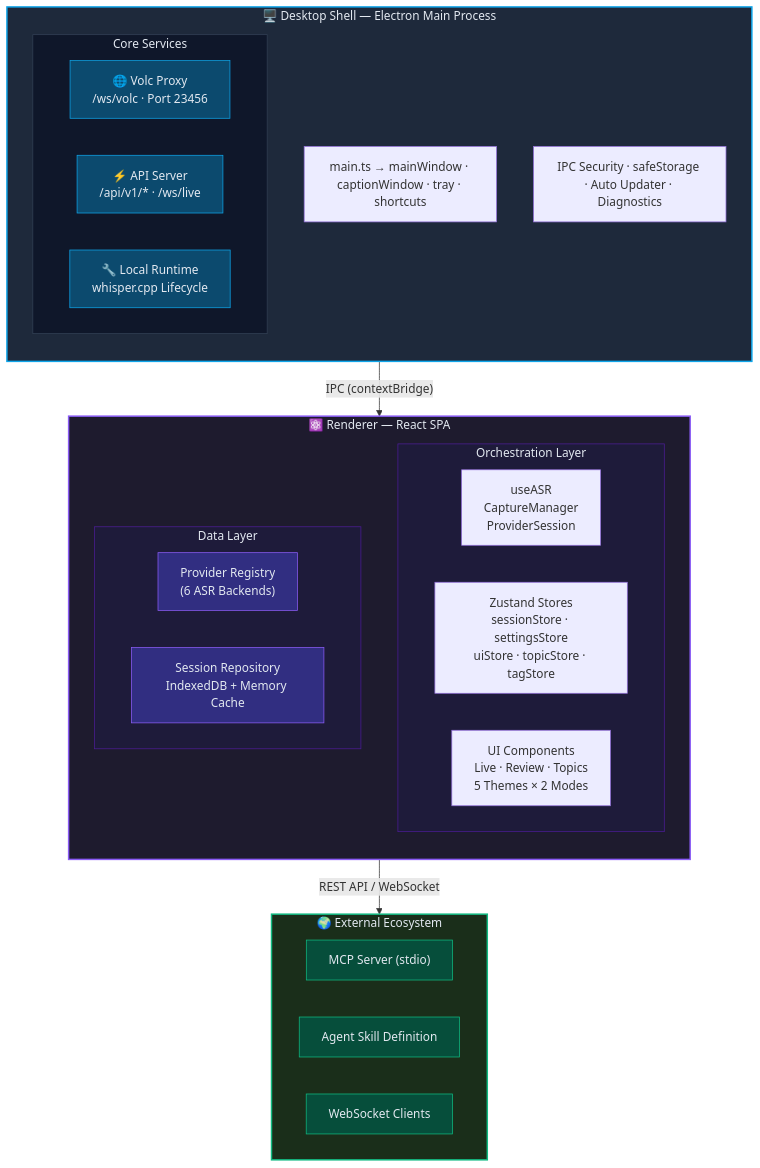
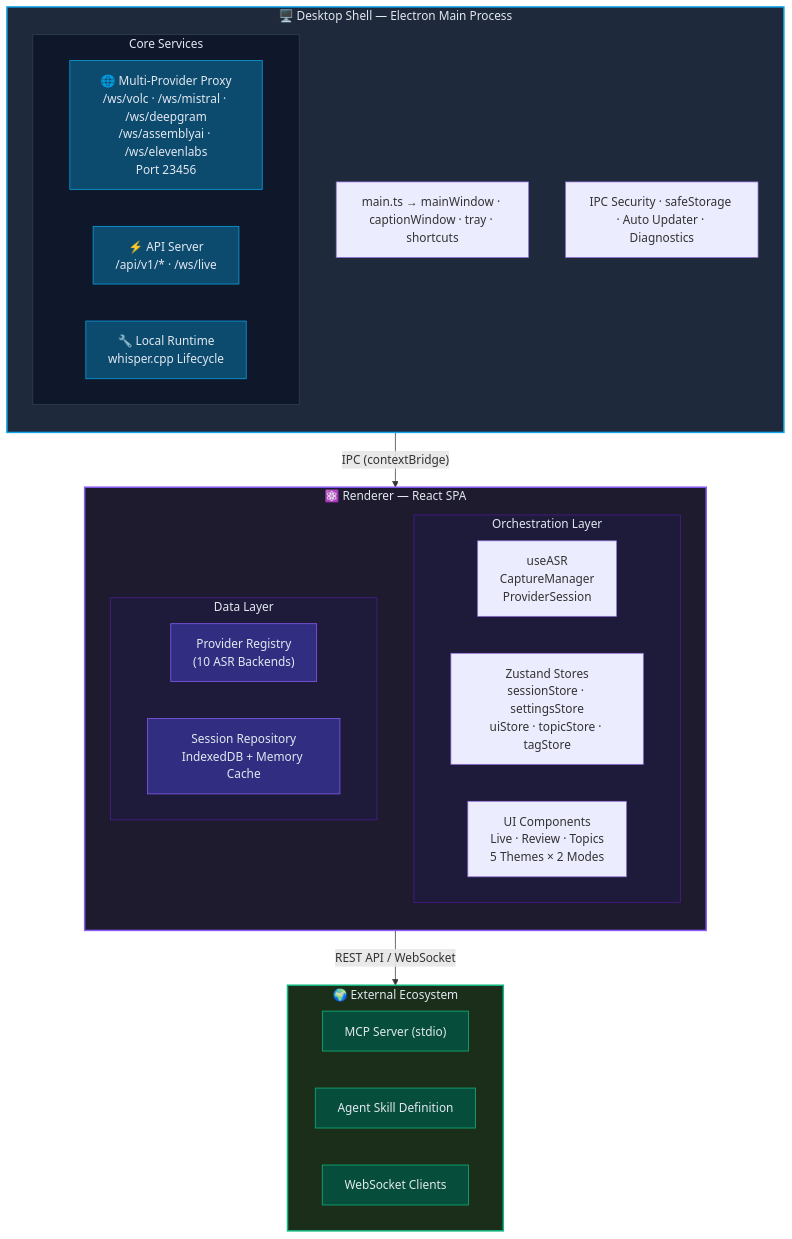
The first of 4 diagrams in docs/architecture/overview.md (XimilalaXiang/DeLive), drawn with Mermaid before and after one commit. The commit also changed other lines of this file and 20 other files, not shown here.

First line of the commit message:
docs: update all documentation to reflect 10 ASR providers

````diff
--- a/docs/architecture/overview.md
+++ b/docs/architecture/overview.md
@@ -7,55 +7,55 @@
 ```mermaid
 flowchart TB
   subgraph shell["🖥️ Desktop Shell — Electron Main Process"]
     direction TB
     entry["main.ts → mainWindow · captionWindow · tray · shortcuts"]
     subgraph services["Core Services"]
       direction LR
-      volc["🌐 Volc Proxy\n/ws/volc · Port 23456"]
+      volc["🌐 Multi-Provider Proxy\n/ws/volc · /ws/mistral · /ws/deepgram\n/ws/assemblyai · /ws/elevenlabs\nPort 23456"]
       api["⚡ API Server\n/api/v1/* · /ws/live"]
       runtime["🔧 Local Runtime\nwhisper.cpp Lifecycle"]
     end
     infra["IPC Security · safeStorage · Auto Updater · Diagnostics"]
   end
 
   shell -->|"IPC (contextBridge)"| renderer
 
   subgraph renderer["⚛️ Renderer — React SPA"]
     direction TB
     subgraph orchestration["Orchestration Layer"]
       direction LR
       hooks["useASR\nCaptureManager\nProviderSession"]
       stores["Zustand Stores\nsessionStore · settingsStore\nuiStore · topicStore · tagStore"]
       ui["UI Components\nLive · Review · Topics\n5 Themes × 2 Modes"]
     end
     subgraph data["Data Layer"]
       direction LR
-      providers["Provider Registry\n(6 ASR Backends)"]
+      providers["Provider Registry\n(10 ASR Backends)"]
       persistence["Session Repository\nIndexedDB + Memory Cache"]
     end
   end
 
   renderer -->|"REST API / WebSocket"| ecosystem
 
   subgraph ecosystem["🌍 External Ecosystem"]
     direction LR
     mcp["MCP Server (stdio)"]
     skill["Agent Skill Definition"]
     ws["WebSocket Clients"]
   end
 
   style shell fill:#1e293b,stroke:#0ea5e9,stroke-width:2px,color:#e2e8f0
   style renderer fill:#1e1b2e,stroke:#8b5cf6,stroke-width:2px,color:#e2e8f0
   style ecosystem fill:#1a2e1a,stroke:#10b981,stroke-width:2px,color:#e2e8f0
   style services fill:#0f172a,stroke:#334155,color:#e2e8f0
   style orchestration fill:#1e1b3a,stroke:#4c1d95,color:#e2e8f0
   style data fill:#1e1b3a,stroke:#4c1d95,color:#e2e8f0
   style volc fill:#0c4a6e,stroke:#0ea5e9,color:#e2e8f0
   style api fill:#0c4a6e,stroke:#0ea5e9,color:#e2e8f0
   style runtime fill:#0c4a6e,stroke:#0ea5e9,color:#e2e8f0
   style providers fill:#312e81,stroke:#8b5cf6,color:#e2e8f0
   style persistence fill:#312e81,stroke:#8b5cf6,color:#e2e8f0
   style mcp fill:#064e3b,stroke:#10b981,color:#e2e8f0
   style skill fill:#064e3b,stroke:#10b981,color:#e2e8f0
   style ws fill:#064e3b,stroke:#10b981,color:#e2e8f0
 ```
````
